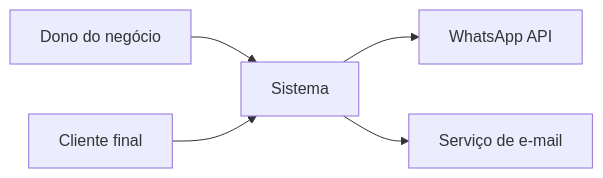
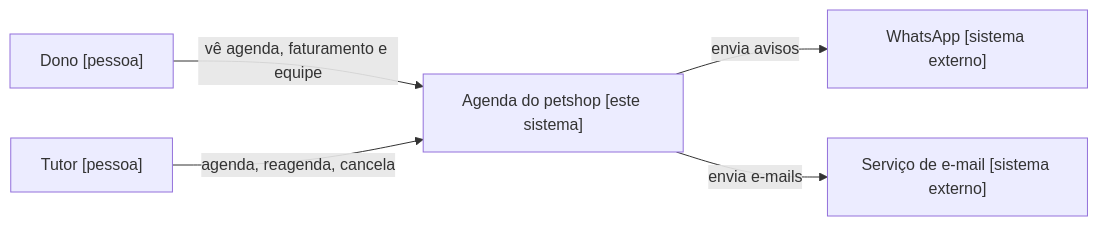
The first of 3 diagrams in docs/modelos/arquitetura.md (septa-systems/septa-handbook), drawn with Mermaid before and after one commit. The commit also changed other lines of this file and 12 other files, not shown here.

````diff
--- a/docs/modelos/arquitetura.md
+++ b/docs/modelos/arquitetura.md
@@ -8,7 +12,7 @@
 ```mermaid
 flowchart LR
-  dono[Dono do negócio] --> sis[Sistema]
-  cliente[Cliente final] --> sis
-  sis --> whatsapp[WhatsApp API]
-  sis --> email[Serviço de e-mail]
+  dono["Dono [pessoa]"] -- "vê agenda, faturamento e equipe" --> sis["Agenda do petshop [este sistema]"]
+  tutor["Tutor [pessoa]"] -- "agenda, reagenda, cancela" --> sis
+  sis -- "envia avisos" --> whatsapp["WhatsApp [sistema externo]"]
+  sis -- "envia e-mails" --> email["Serviço de e-mail [sistema externo]"]
 ```
````
